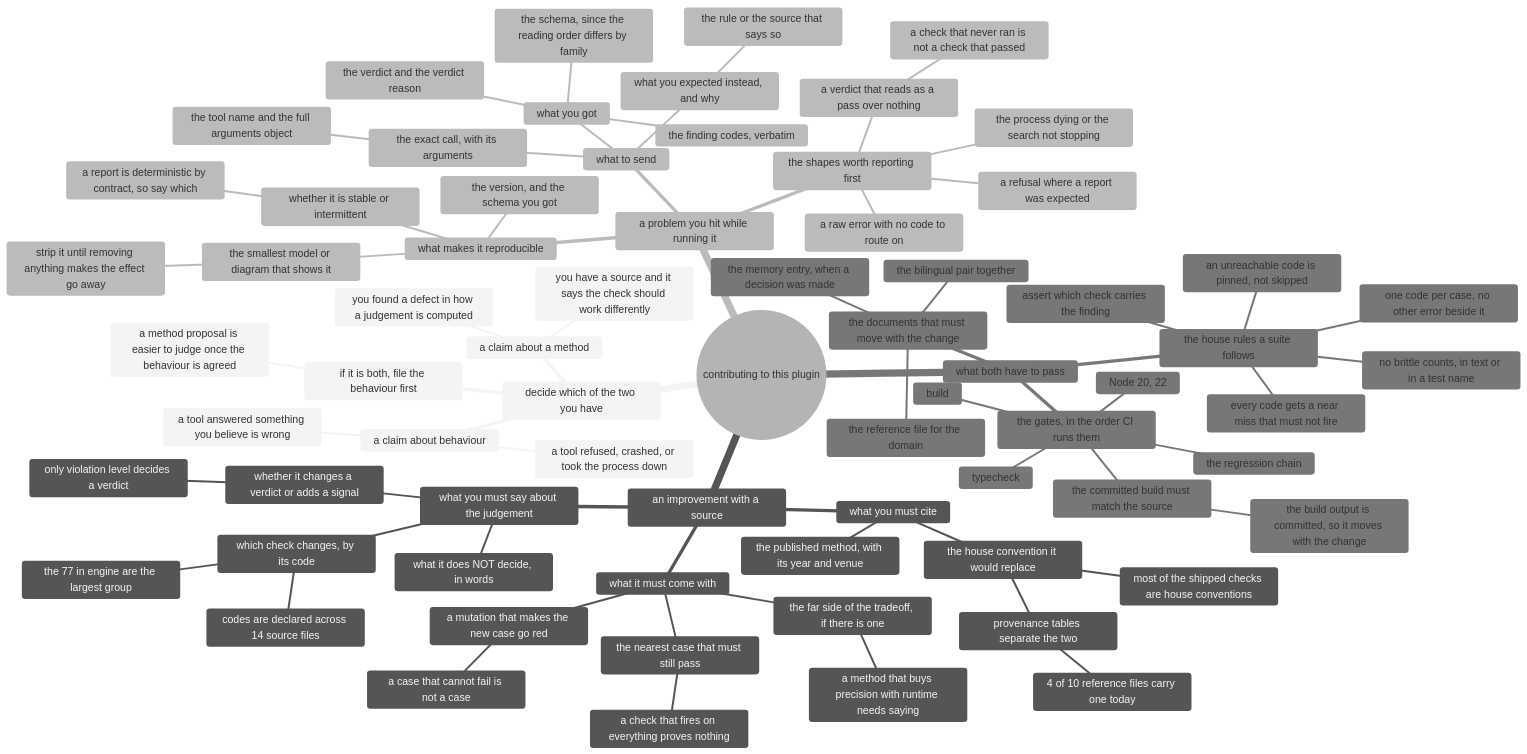
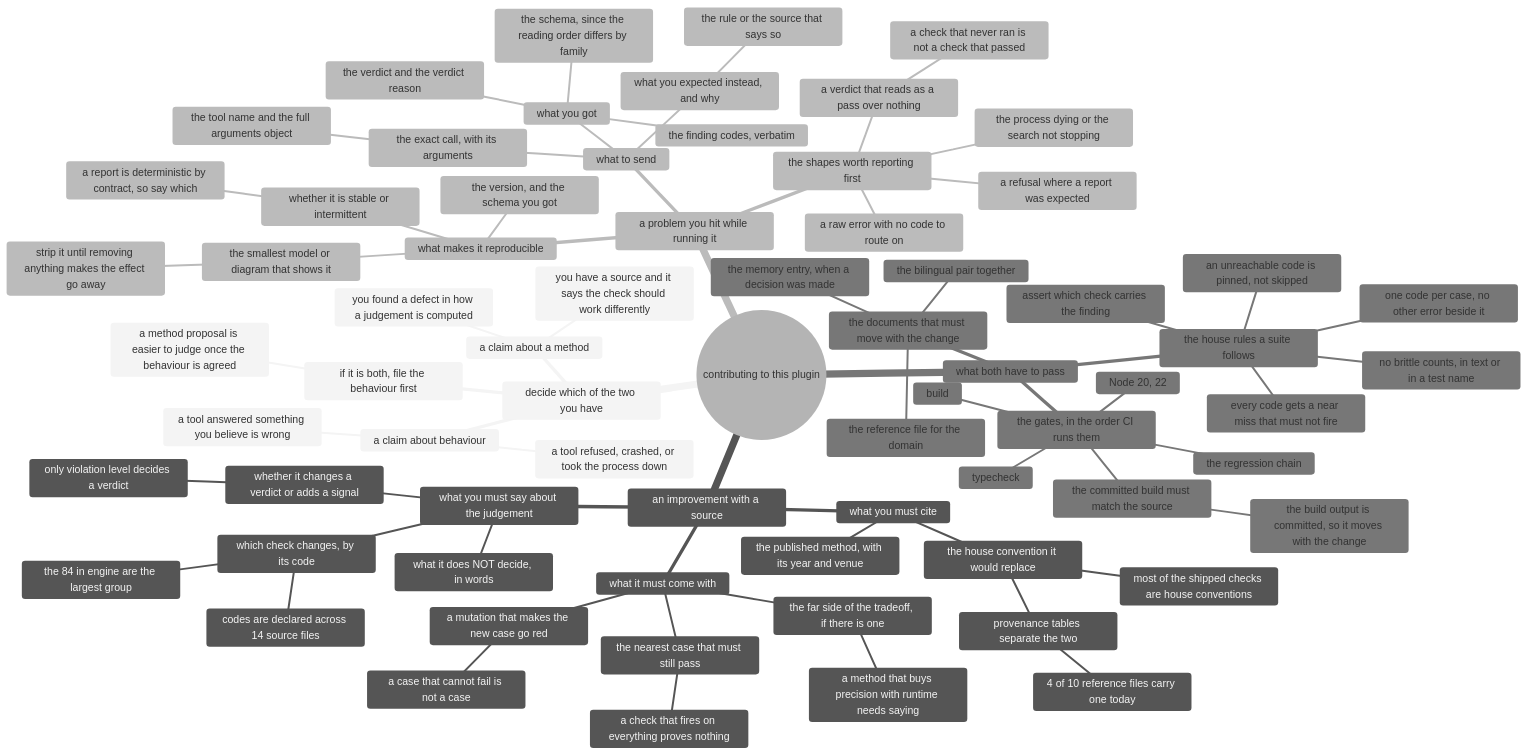
The diagram in docs/contributing/mindmap.mmd (AmethystLuna/dsh-model-everything), drawn with Mermaid (neutral theme) before and after one commit. The commit also changed 22 other files, not shown here.

```diff
--- a/docs/contributing/mindmap.mmd
+++ b/docs/contributing/mindmap.mmd
@@ -1,72 +1,72 @@
 mindmap
 root((contributing to this plugin))
   decide which of the two you have
     a claim about a method
       you have a source and it says the check should work differently
       you found a defect in how a judgement is computed
     a claim about behaviour
       a tool answered something you believe is wrong
       a tool refused, crashed, or took the process down
     if it is both, file the behaviour first
       a method proposal is easier to judge once the behaviour is agreed
   an improvement with a source
     what you must cite
       the published method, with its year and venue
       the house convention it would replace
         provenance tables separate the two
           4 of 10 reference files carry one today
         most of the shipped checks are house conventions
     what you must say about the judgement
       which check changes, by its code
         codes are declared across 14 source files
-        the 77 in engine are the largest group
+        the 84 in engine are the largest group
       whether it changes a verdict or adds a signal
         only violation level decides a verdict
       what it does NOT decide, in words
     what it must come with
       the nearest case that must still pass
         a check that fires on everything proves nothing
       a mutation that makes the new case go red
         a case that cannot fail is not a case
       the far side of the tradeoff, if there is one
         a method that buys precision with runtime needs saying
   a problem you hit while running it
     what to send
       the exact call, with its arguments
         the tool name and the full arguments object
       what you got
         the verdict and the verdict reason
         the finding codes, verbatim
         the schema, since the reading order differs by family
       what you expected instead, and why
         the rule or the source that says so
     the shapes worth reporting first
       a verdict that reads as a pass over nothing
         a check that never ran is not a check that passed
       a refusal where a report was expected
       a raw error with no code to route on
       the process dying or the search not stopping
     what makes it reproducible
       the smallest model or diagram that shows it
         strip it until removing anything makes the effect go away
       the version, and the schema you got
       whether it is stable or intermittent
         a report is deterministic by contract, so say which
   what both have to pass
     the gates, in the order CI runs them
       Node 20, 22
       typecheck
       build
       the regression chain
       the committed build must match the source
         the build output is committed, so it moves with the change
     the house rules a suite follows
       one code per case, no other error beside it
       assert which check carries the finding
       every code gets a near miss that must not fire
       an unreachable code is pinned, not skipped
       no brittle counts, in text or in a test name
     the documents that must move with the change
       the reference file for the domain
       the memory entry, when a decision was made
       the bilingual pair together
```
